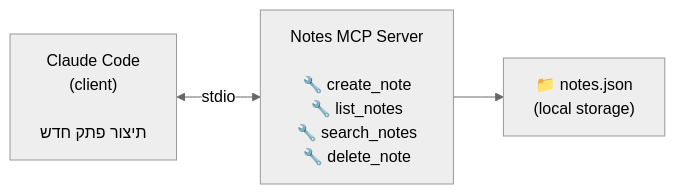
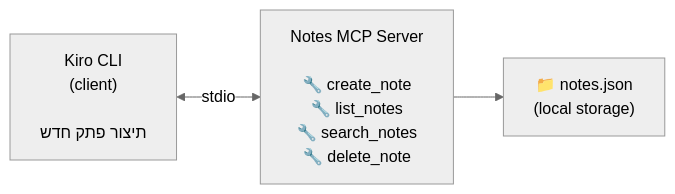
Before and after one commit to tzvimg/ai-course-workshop: the fourth of 5 diagrams in docs/modules/08-mcp-servers.md, drawn with Mermaid (neutral theme). The commit also changed other lines of this file and 25 other files, not shown here.

First line of the commit message:
Standardize workshop on Kiro CLI and fix accuracy/consistency issues

````diff
--- a/docs/modules/08-mcp-servers.md
+++ b/docs/modules/08-mcp-servers.md
@@ -219,5 +219,5 @@
 ```mermaid
 graph LR
-    CC["Claude Code<br/>(client)<br/><br/>תיצור פתק חדש"] <-->|stdio| NS["Notes MCP Server<br/><br/>🔧 create_note<br/>🔧 list_notes<br/>🔧 search_notes<br/>🔧 delete_note"]
+    CC["Kiro CLI<br/>(client)<br/><br/>תיצור פתק חדש"] <-->|stdio| NS["Notes MCP Server<br/><br/>🔧 create_note<br/>🔧 list_notes<br/>🔧 search_notes<br/>🔧 delete_note"]
     NS --> DB["📁 notes.json<br/>(local storage)"]
 ```
````
